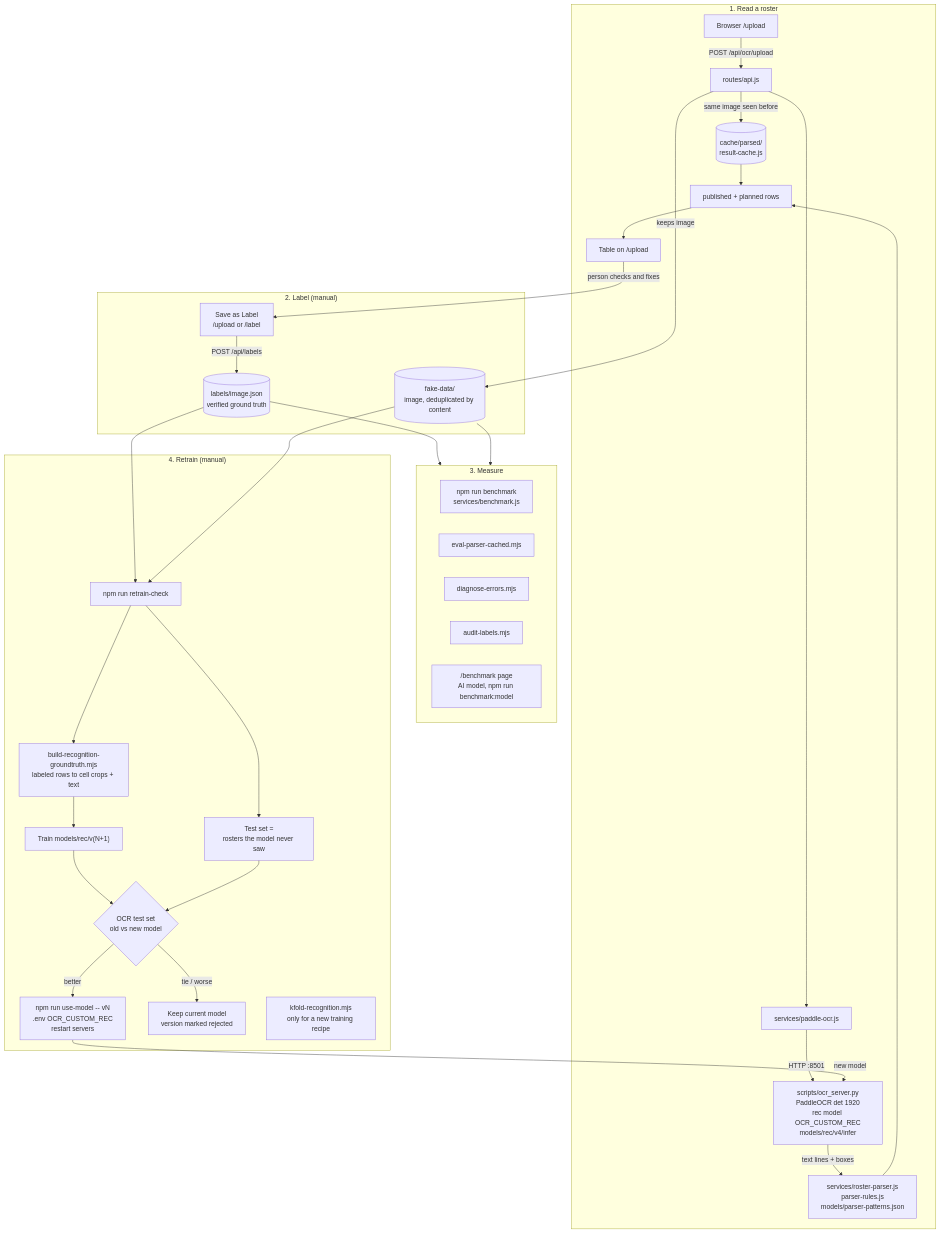
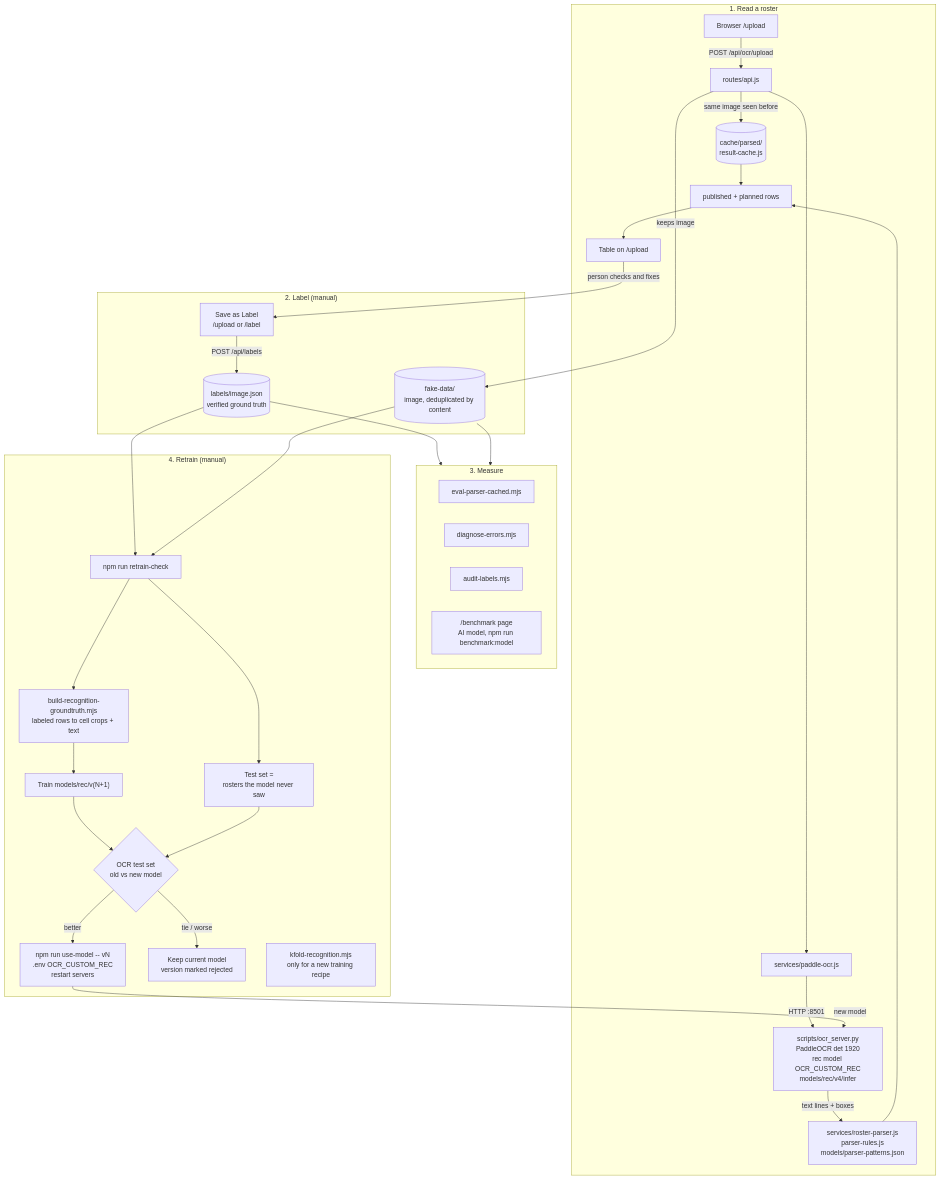
One commit to thuannd17/node-ocr changed the diagram in README.md. Above: the diagram before and after it, drawn with Mermaid. The commit also changed other lines of this file and 28 other files, not shown here.

````diff
--- a/README.md
+++ b/README.md
@@ -16,45 +16,44 @@
 ```mermaid
 flowchart TD
     subgraph READ["1. Read a roster"]
         U["Browser /upload"] -->|"POST /api/ocr/upload"| API["routes/api.js"]
         API -->|"same image seen before"| PC[("cache/parsed/<br/>result-cache.js")]
         API --> PO["services/paddle-ocr.js"]
         PO -->|"HTTP :8501"| OS["scripts/ocr_server.py<br/>PaddleOCR det 1920<br/>rec model OCR_CUSTOM_REC<br/>models/rec/v4/infer"]
         OS -->|"text lines + boxes"| RP["services/roster-parser.js<br/>parser-rules.js<br/>models/parser-patterns.json"]
         RP --> OUT["published + planned rows"]
         PC --> OUT
         OUT --> T["Table on /upload"]
     end
 
     subgraph LABEL["2. Label (manual)"]
         FD[("fake-data/<br/>image, deduplicated by content")]
         SL["Save as Label<br/>/upload or /label"] -->|"POST /api/labels"| LB[("labels/image.json<br/>verified ground truth")]
     end
 
     subgraph MEASURE["3. Measure"]
-        BM["npm run benchmark<br/>services/benchmark.js"]
         EP["eval-parser-cached.mjs"]
         DE["diagnose-errors.mjs"]
         AL["audit-labels.mjs"]
         BP["/benchmark page<br/>AI model, npm run benchmark:model"]
     end
 
     subgraph RETRAIN["4. Retrain (manual)"]
         RC["npm run retrain-check"] --> TS["Test set =<br/>rosters the model never saw"]
         RC --> GT["build-recognition-groundtruth.mjs<br/>labeled rows to cell crops + text"]
         GT --> TR["Train models/rec/v(N+1)"]
         TR --> CMP{"OCR test set<br/>old vs new model"}
         TS --> CMP
         CMP -->|"better"| UM["npm run use-model -- vN<br/>.env OCR_CUSTOM_REC<br/>restart servers"]
         CMP -->|"tie / worse"| KEEP["Keep current model<br/>version marked rejected"]
         KF["kfold-recognition.mjs<br/>only for a new training recipe"]
     end
 
     API -->|"keeps image"| FD
     T -->|"person checks and fixes"| SL
     LB --> MEASURE
     FD --> MEASURE
     LB --> RC
     FD --> RC
     UM -->|"new model"| OS
 ```
````
